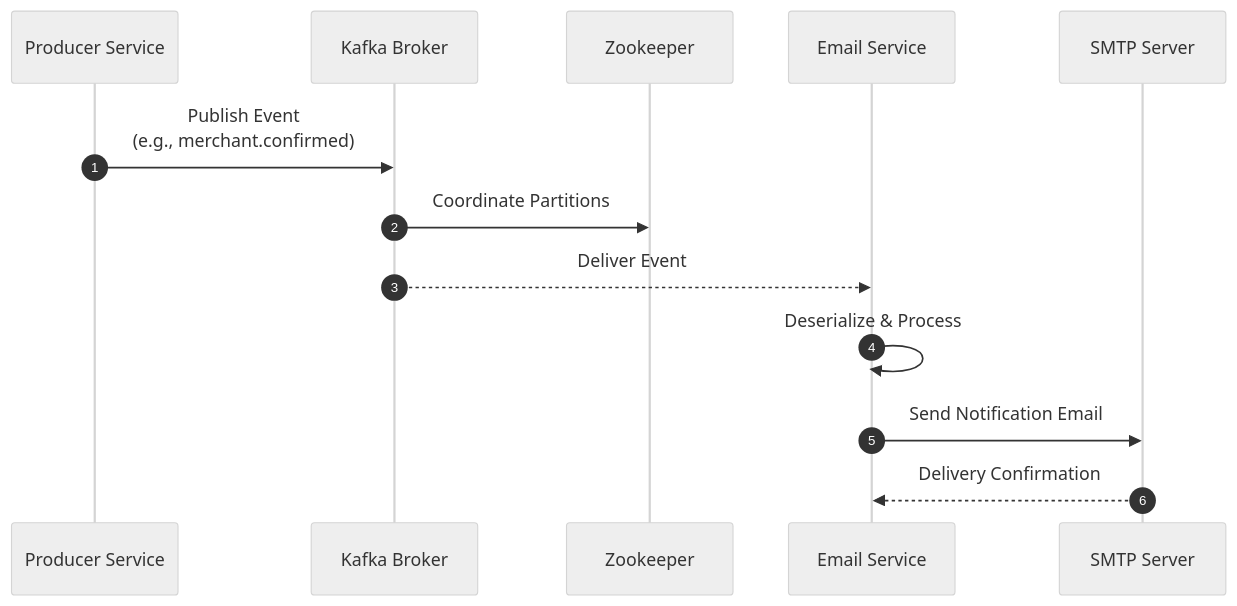
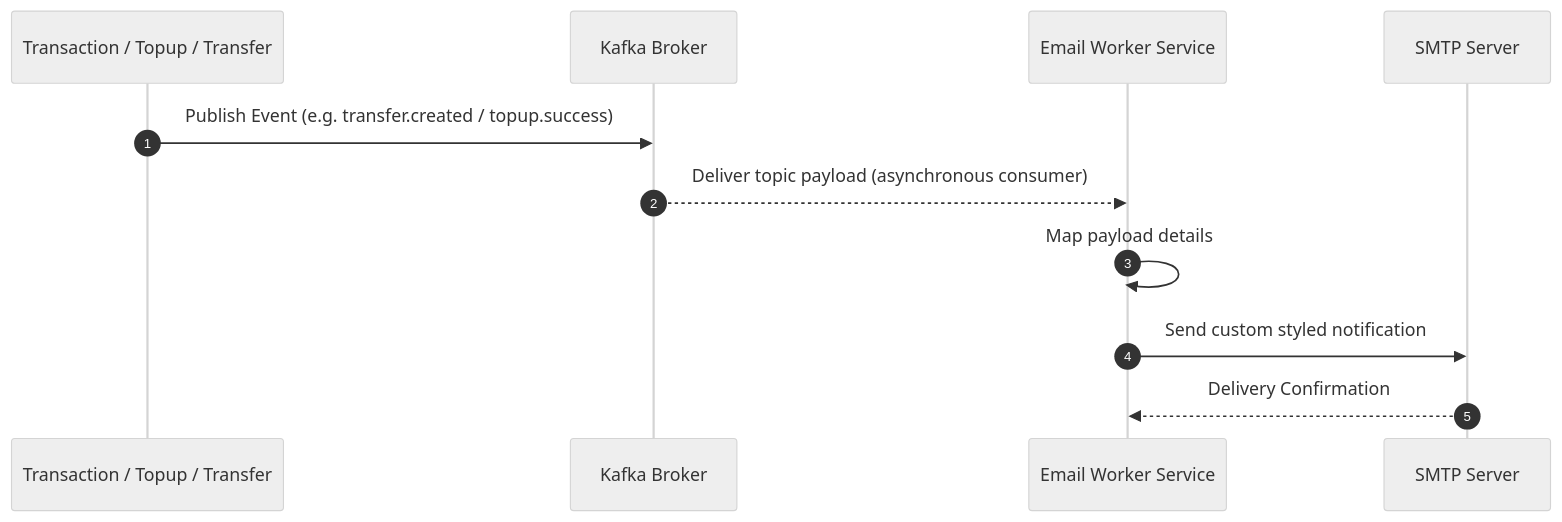
One commit to renaldyhidayatt/renaldyhidayatt.github.io changed the fifth of 8 diagrams in src/content/portfolio/microservice-ecommerce.mdx. Above: the diagram before and after it, drawn with Mermaid (neutral theme). The commit also changed other lines of this file and 19 other files, not shown here.

Commit message:
refactor: overhaul project documentation with detailed architectural summaries and expanded domain-driven service specifications

````diff
--- a/src/content/portfolio/microservice-ecommerce.mdx
+++ b/src/content/portfolio/microservice-ecommerce.mdx
@@ -325,16 +339,14 @@
 ```mermaid
 sequenceDiagram
     autonumber
-    participant SVC as Producer Service
+    participant SVC as Transaction / Topup / Transfer
     participant K as Kafka Broker
-    participant ZK as Zookeeper
-    participant EMAIL as Email Service
+    participant EMAIL as Email Worker Service
     participant SMTP as SMTP Server
 
-    SVC->>K: Publish Event<br/>(e.g., merchant.confirmed)
-    K->>ZK: Coordinate Partitions
-    K-->>EMAIL: Deliver Event
-    EMAIL->>EMAIL: Deserialize & Process
-    EMAIL->>SMTP: Send Notification Email
+    SVC->>K: Publish Event (e.g. transfer.created / topup.success)
+    K-->>EMAIL: Deliver topic payload (asynchronous consumer)
+    EMAIL->>EMAIL: Map payload details
+    EMAIL->>SMTP: Send custom styled notification
     SMTP-->>EMAIL: Delivery Confirmation
 ```
````
